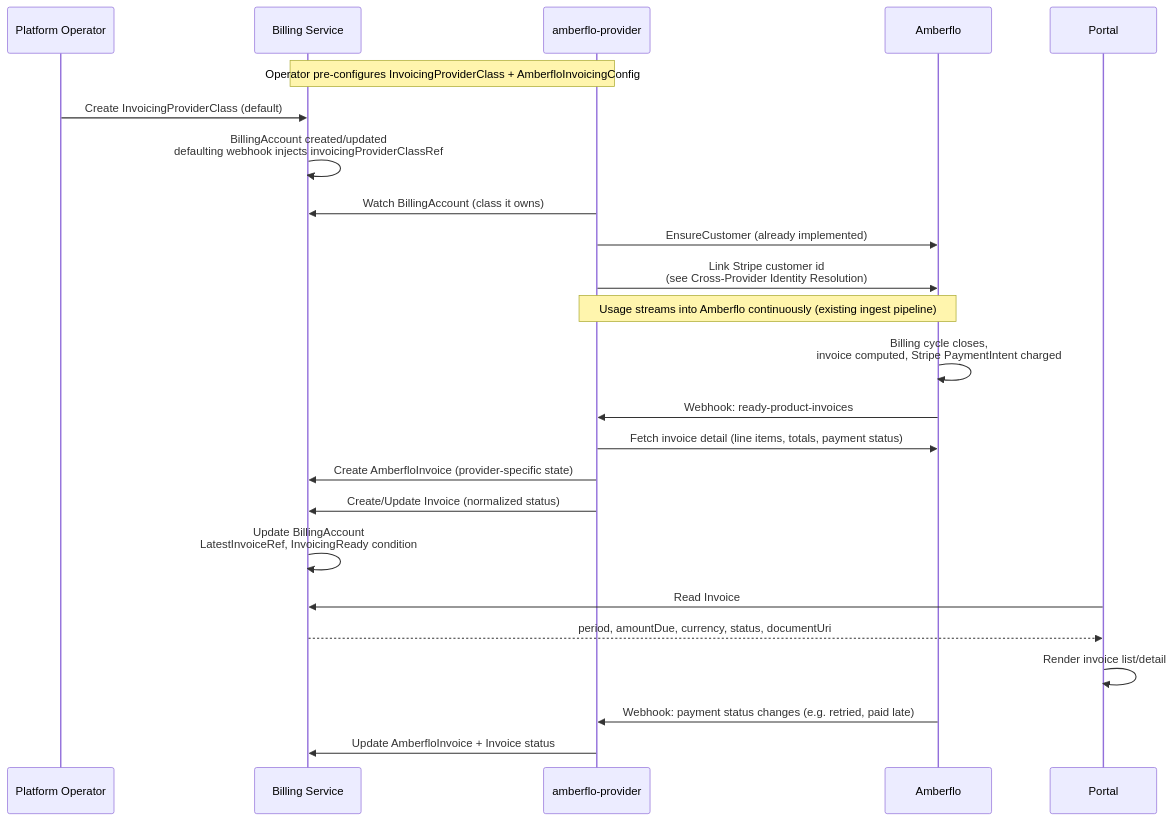
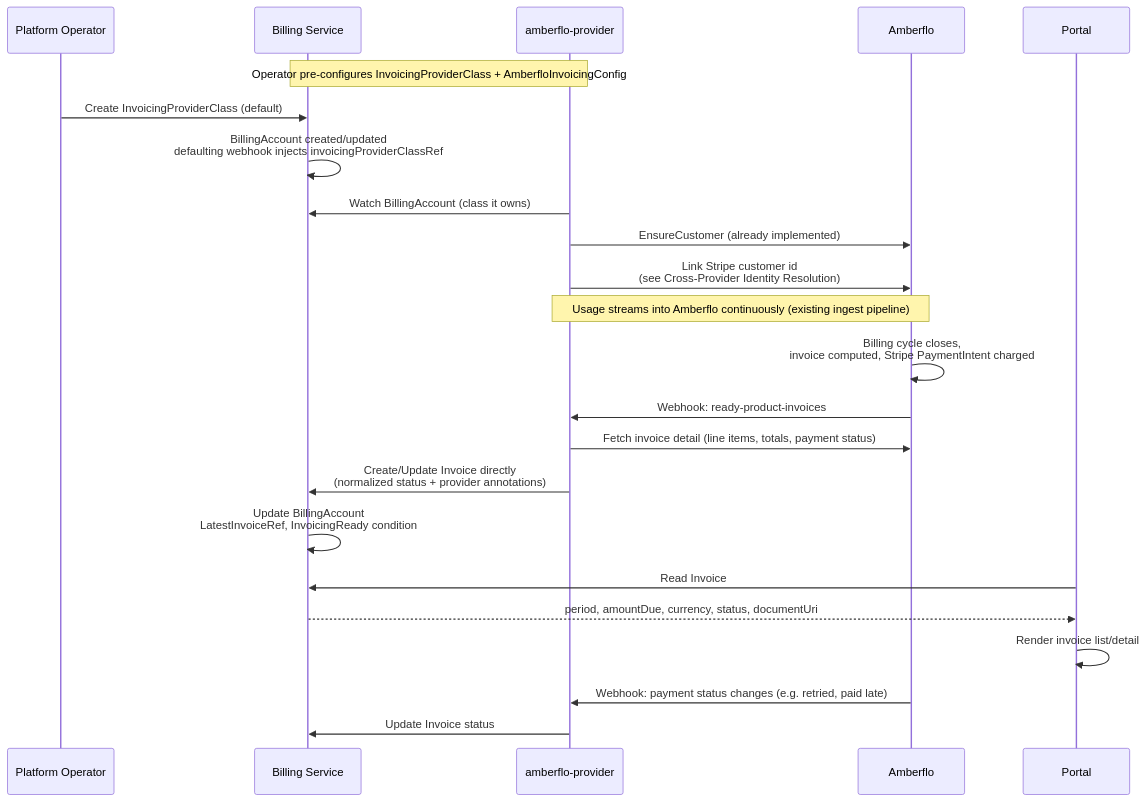
Before and after one commit to milo-os/billing: the diagram in docs/enhancements/invoicing-providers.md, drawn with Mermaid. The commit also changed other lines of this file, not shown here.

First line of the commit message:
docs: drop AmberfloInvoice CRD, write Invoice directly

````diff
--- a/docs/enhancements/invoicing-providers.md
+++ b/docs/enhancements/invoicing-providers.md
@@ -168,33 +182,32 @@
 ```mermaid
 sequenceDiagram
     participant Ops as Platform Operator
     participant BillingSvc as Billing Service
     participant AmberfloProv as amberflo-provider
     participant Amberflo
     participant Portal
 
     Note over BillingSvc,AmberfloProv: Operator pre-configures InvoicingProviderClass + AmberfloInvoicingConfig
 
     Ops->>BillingSvc: Create InvoicingProviderClass (default)
     BillingSvc->>BillingSvc: BillingAccount created/updated<br/>defaulting webhook injects invoicingProviderClassRef
 
     AmberfloProv->>BillingSvc: Watch BillingAccount (class it owns)
     AmberfloProv->>Amberflo: EnsureCustomer (already implemented)
     AmberfloProv->>Amberflo: Link Stripe customer id<br/>(see Cross-Provider Identity Resolution)
 
     Note over AmberfloProv,Amberflo: Usage streams into Amberflo continuously (existing ingest pipeline)
 
     Amberflo->>Amberflo: Billing cycle closes,<br/>invoice computed, Stripe PaymentIntent charged
     Amberflo->>AmberfloProv: Webhook: ready-product-invoices
     AmberfloProv->>Amberflo: Fetch invoice detail (line items, totals, payment status)
-    AmberfloProv->>BillingSvc: Create AmberfloInvoice (provider-specific state)
-    AmberfloProv->>BillingSvc: Create/Update Invoice (normalized status)
+    AmberfloProv->>BillingSvc: Create/Update Invoice directly<br/>(normalized status + provider annotations)
     BillingSvc->>BillingSvc: Update BillingAccount<br/>LatestInvoiceRef, InvoicingReady condition
 
     Portal->>BillingSvc: Read Invoice
     BillingSvc-->>Portal: period, amountDue, currency, status, documentUri
     Portal->>Portal: Render invoice list/detail
 
     Amberflo->>AmberfloProv: Webhook: payment status changes (e.g. retried, paid late)
-    AmberfloProv->>BillingSvc: Update AmberfloInvoice + Invoice status
+    AmberfloProv->>BillingSvc: Update Invoice status
 ```
````
